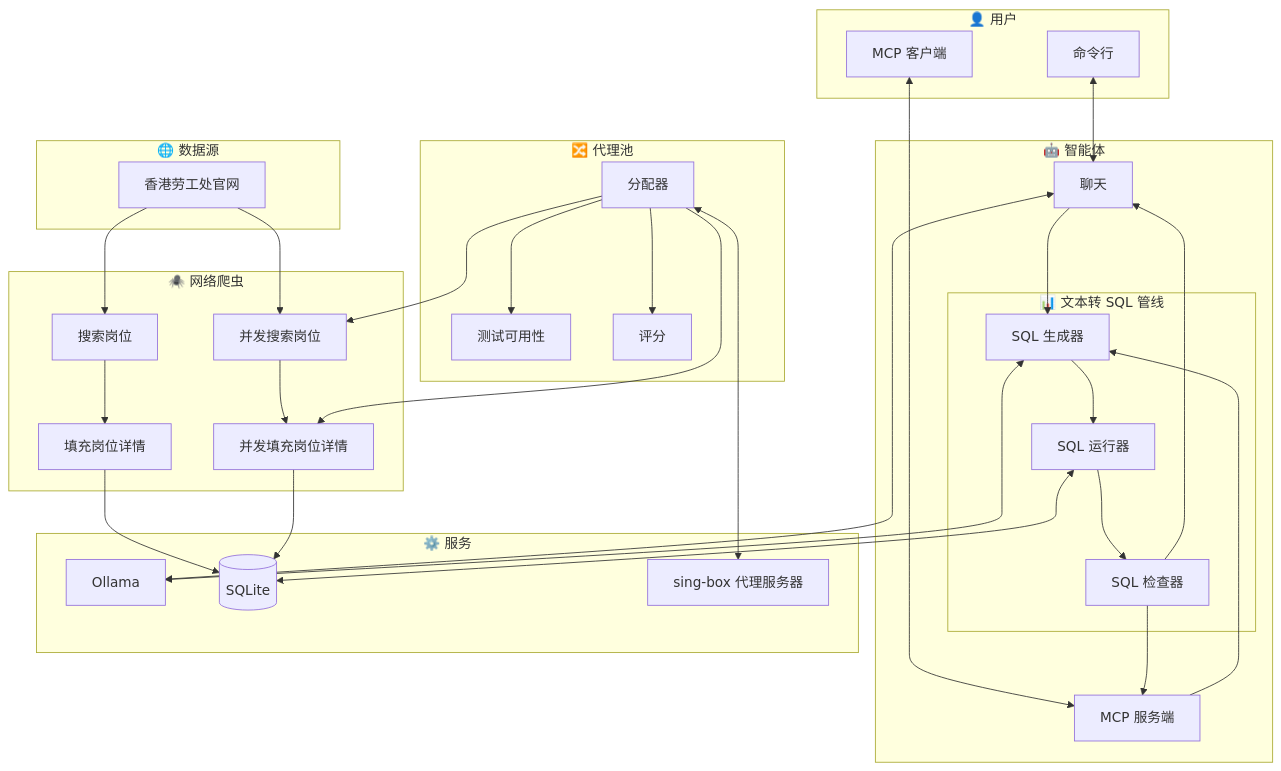
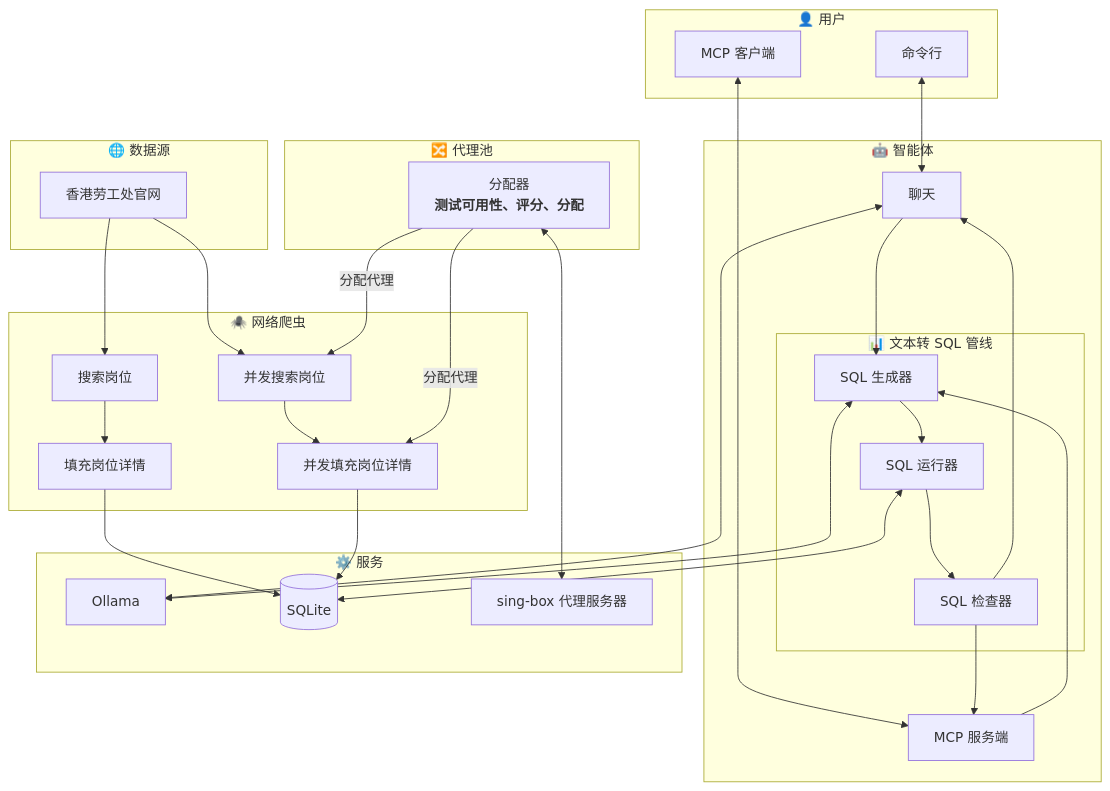
Before and after one commit to JJ-Jacko/jobs_hk: the diagram in README_zh_cn.md, drawn with Mermaid. The commit also changed 2 other files, not shown here.

Commit message:
refactor(README.Structure): Move check proxy availability, evaluate  assigner to assigner.

````diff
--- a/README_zh_cn.md
+++ b/README_zh_cn.md
@@ -51,74 +51,70 @@
 ```mermaid
 flowchart
     subgraph User["👤 用户"]
         CLI[命令行]
         MCP_CLIENT[MCP 客户端]
     end
 
     subgraph Scraper["🕷️ 网络爬虫"]
         search_job[搜索岗位]
         search_job_mt[并发搜索岗位]
         fill_job[填充岗位详情]
         fill_job_mt[并发填充岗位详情]
     end
 
     subgraph ProxyPool["🔀 代理池"]
-        check_proxy_availability[测试可用性]
-        evaluate_proxy[评分]
-        assigner[分配器]
+        assigner[分配器<br><strong>测试可用性、评分、分配<strong/>]
     end
 
     subgraph SQL_pipline["📊 文本转 SQL 管线"]
         SQL_generator[SQL 生成器]
         SQL_runner[SQL 运行器]
         SQL_checker[SQL 检查器]
     end
 
     subgraph AI["🤖 智能体"]
         chat[聊天]
         MCP_server[MCP 服务端]
         SQL_pipline
     end
 
     subgraph Service["⚙️ 服务"]
         Ollama[Ollama]
         SQLite[(SQLite)]
         proxy_server["sing-box 代理服务器"]
     end
 
     subgraph DataSource["🌐 数据源"]
         web_src[香港劳工处官网]
     end
 
     CLI <--> chat
     MCP_CLIENT <--> MCP_server
 
     chat <--> Ollama
     chat --> SQL_generator
 
     MCP_server --> SQL_generator
 
     SQL_generator --> SQL_runner
     SQL_generator <--> Ollama
 
     SQL_runner --> SQL_checker
     SQL_runner <--> SQLite
 
     SQL_checker --> chat
     SQL_checker --> MCP_server
 
     web_src --> search_job
     web_src --> search_job_mt
 
     search_job --> fill_job
     search_job_mt --> fill_job_mt
 
     fill_job --> SQLite
     fill_job_mt --> SQLite
 
-    assigner --> search_job_mt
-    assigner --> fill_job_mt
-    assigner --> check_proxy_availability
-    assigner --> evaluate_proxy
+    assigner -->|分配代理| search_job_mt
+    assigner -->|分配代理| fill_job_mt
     assigner <--> proxy_server
 ```
````
